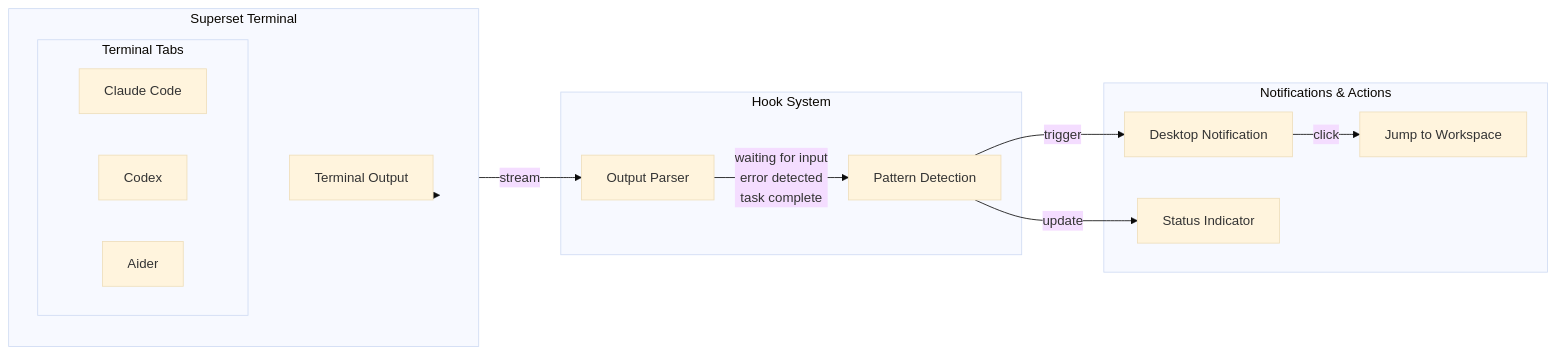
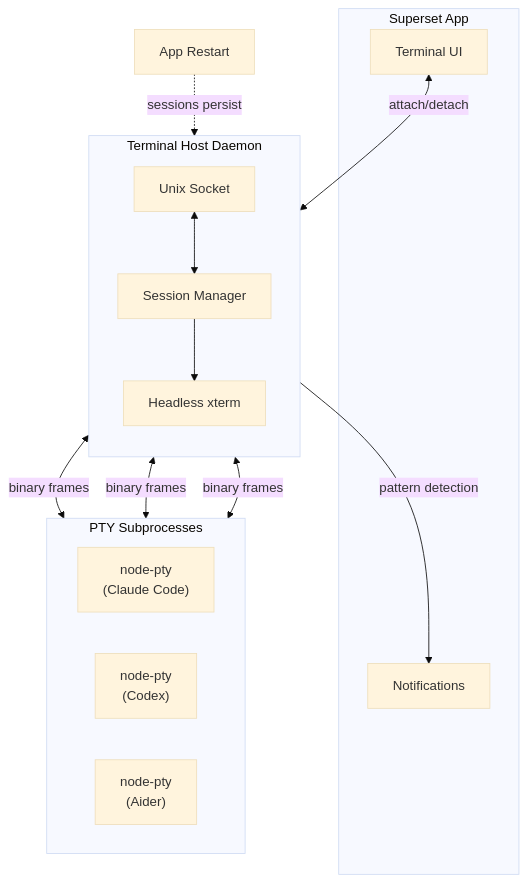
One commit to superset-sh/superset changed the diagram in README.md. Above: the diagram before and after it, drawn with Mermaid (base theme). The commit also changed other lines of this file, not shown here.

Commit message:
docs: update diagram to show PTY architecture and daemon persistence

````diff
--- a/README.md
+++ b/README.md
@@ -120,30 +120,31 @@
 ```mermaid
-flowchart LR
-    subgraph Terminal["Superset Terminal"]
-        direction TB
-        subgraph Tabs["Terminal Tabs"]
-            Tab1["Claude Code"]
-            Tab2["Codex"]
-            Tab3["Aider"]
-        end
-        Output["Terminal Output"]
+flowchart TB
+    subgraph Electron["Superset App"]
+        UI["Terminal UI"]
+        Notify["Notifications"]
     end
 
-    subgraph Hooks["Hook System"]
-        Parser["Output Parser"]
-        Detect["Pattern Detection"]
+    subgraph Daemon["Terminal Host Daemon"]
+        direction TB
+        Socket["Unix Socket"]
+        Sessions["Session Manager"]
+        Emulator["Headless xterm"]
     end
 
-    subgraph Actions["Notifications & Actions"]
-        Notify["Desktop Notification"]
-        Status["Status Indicator"]
-        Jump["Jump to Workspace"]
+    subgraph PTY["PTY Subprocesses"]
+        direction LR
+        PTY1["node-pty\n(Claude Code)"]
+        PTY2["node-pty\n(Codex)"]
+        PTY3["node-pty\n(Aider)"]
     end
 
-    Terminal --> Output
-    Output -->|stream| Parser
-    Parser -->|"waiting for input\nerror detected\ntask complete"| Detect
-    Detect -->|trigger| Notify
-    Detect -->|update| Status
-    Notify -->|click| Jump
+    UI <-->|"attach/detach"| Socket
+    Socket <--> Sessions
+    Sessions <-->|"binary frames"| PTY1
+    Sessions <-->|"binary frames"| PTY2
+    Sessions <-->|"binary frames"| PTY3
+    Sessions --> Emulator
+    Emulator -->|"pattern detection"| Notify
+
+    Restart["App Restart"] -.->|"sessions persist"| Daemon
 ```
````
